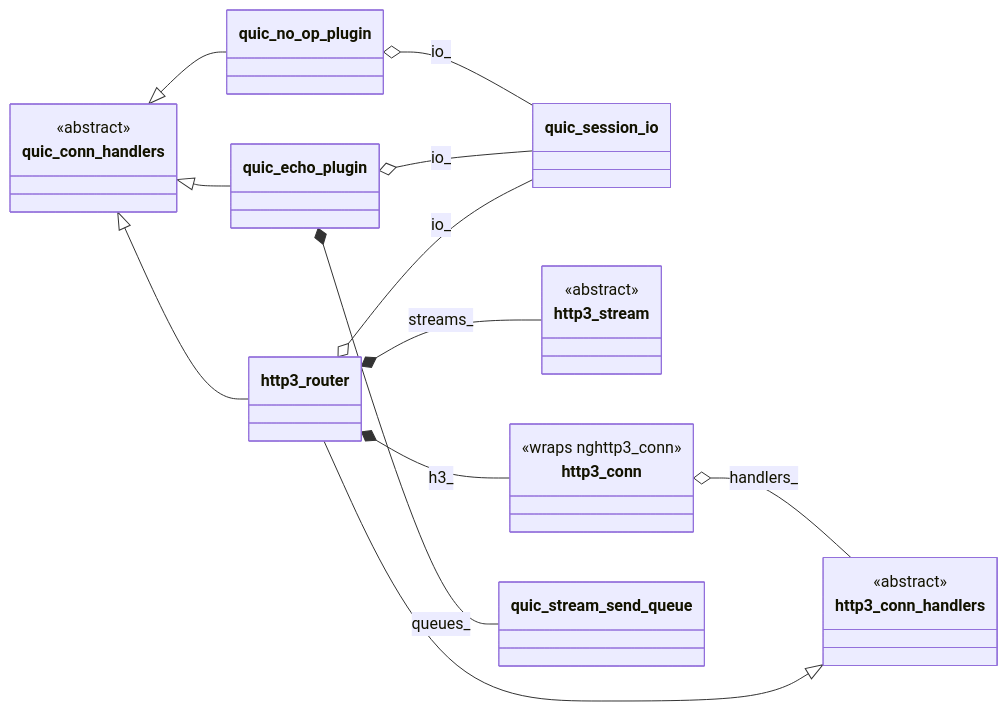
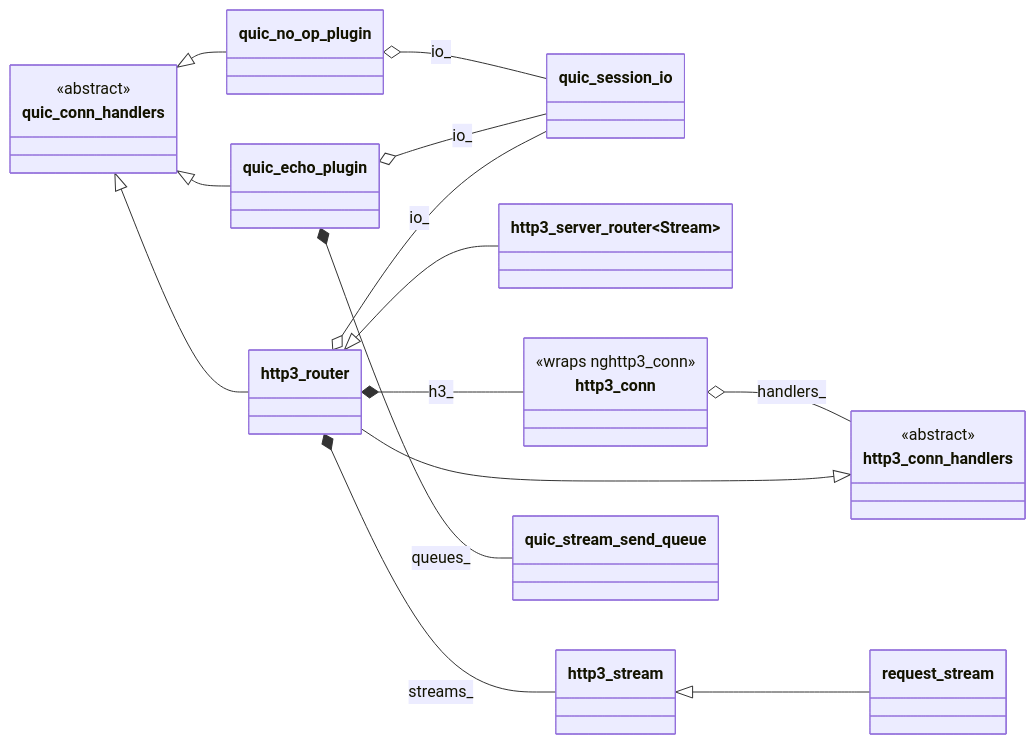
Before and after one commit to stevensudit/Corvid: the second of 3 diagrams in corvid/proto/quic/classes.md, drawn with Mermaid. The commit also changed other lines of this file and 5 other files, not shown here.

````diff
--- a/corvid/proto/quic/classes.md
+++ b/corvid/proto/quic/classes.md
@@ -93,35 +96,37 @@
 ```mermaid
 classDiagram
     direction LR
 
     class quic_conn_handlers {
         <<abstract>>
     }
     class http3_conn_handlers {
         <<abstract>>
     }
     class quic_session_io
     class quic_no_op_plugin
     class quic_echo_plugin
     class http3_router
-    class http3_stream {
-        <<abstract>>
-    }
+    class http3_server_router~Stream~
+    class http3_stream
+    class request_stream
     class http3_conn {
         <<wraps nghttp3_conn>>
     }
     class quic_stream_send_queue
 
     quic_conn_handlers <|-- quic_no_op_plugin
     quic_conn_handlers <|-- quic_echo_plugin
     quic_conn_handlers <|-- http3_router
     http3_conn_handlers <|-- http3_router
+    http3_router <|-- http3_server_router~Stream~
+    http3_stream <|-- request_stream
 
     http3_router *-- http3_conn : h3_
     http3_router *-- http3_stream : streams_
     http3_conn o-- http3_conn_handlers : handlers_
     quic_echo_plugin *-- quic_stream_send_queue : queues_
     quic_no_op_plugin o-- quic_session_io : io_
     quic_echo_plugin o-- quic_session_io : io_
     http3_router o-- quic_session_io : io_
 ```
````
